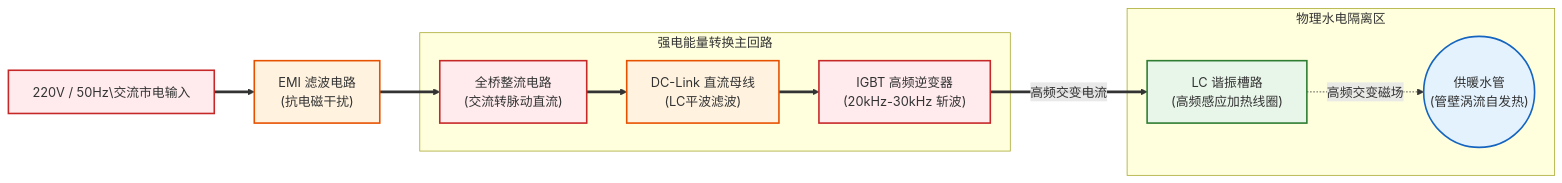
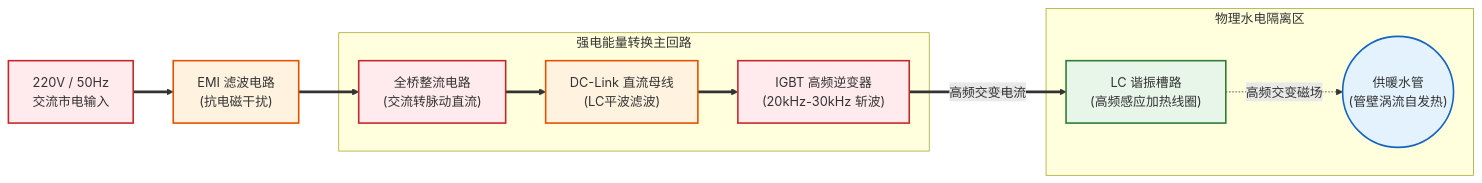
Before and after one commit to Caom-coll/iodraw-files: the diagram in all/未命名.md, drawn with Mermaid.

Commit message:
2026-05-23 13:02:09 update

````diff
--- a/all/未命名.md
+++ b/all/未命名.md
@@ -1,44 +1,45 @@
 ```mermaid
 graph LR
     %% 定义节点
-    Mains["220V / 50Hz\交流市电输入"]
+    Mains["220V / 50Hz
+            交流市电输入"]
     EMI["EMI 滤波电路\n(抗电磁干扰)"]
     Rectifier["全桥整流电路\n(交流转脉动直流)"]
     DCLink["DC-Link 直流母线\n(LC平波滤波)"]
     Inverter["IGBT 高频逆变器\n(20kHz-30kHz 斩波)"]
     Coil["LC 谐振槽路\n(高频感应加热线圈)"]
     Load(("供暖水管\n(管壁涡流自发热)"))
 
     %% 定义连接线（能量流向）
     Mains ==> EMI
     EMI ==> Rectifier
     Rectifier ==> DCLink
     DCLink ==> Inverter
     Inverter ==高频交变电流==> Coil
     Coil -.高频交变磁场.-> Load
 
     %% 模块分组框图
     subgraph 强电能量转换主回路
         Rectifier
         DCLink
         Inverter
     end
 
     %% 物理隔离区标识
     subgraph 物理水电隔离区
         Coil
         Load
     end
 
     %% 定义样式颜色
     classDef power fill:#ffebee,stroke:#c62828,stroke-width:2px;
     classDef filter fill:#fff3e0,stroke:#e65100,stroke-width:2px;
     classDef heat fill:#e8f5e9,stroke:#2e7d32,stroke-width:2px;
     classDef water fill:#e3f2fd,stroke:#1565c0,stroke-width:2px;
 
     %% 应用样式
     class Mains,Rectifier,Inverter power;
     class EMI,DCLink filter;
     class Coil heat;
     class Load water;
 ```
````
